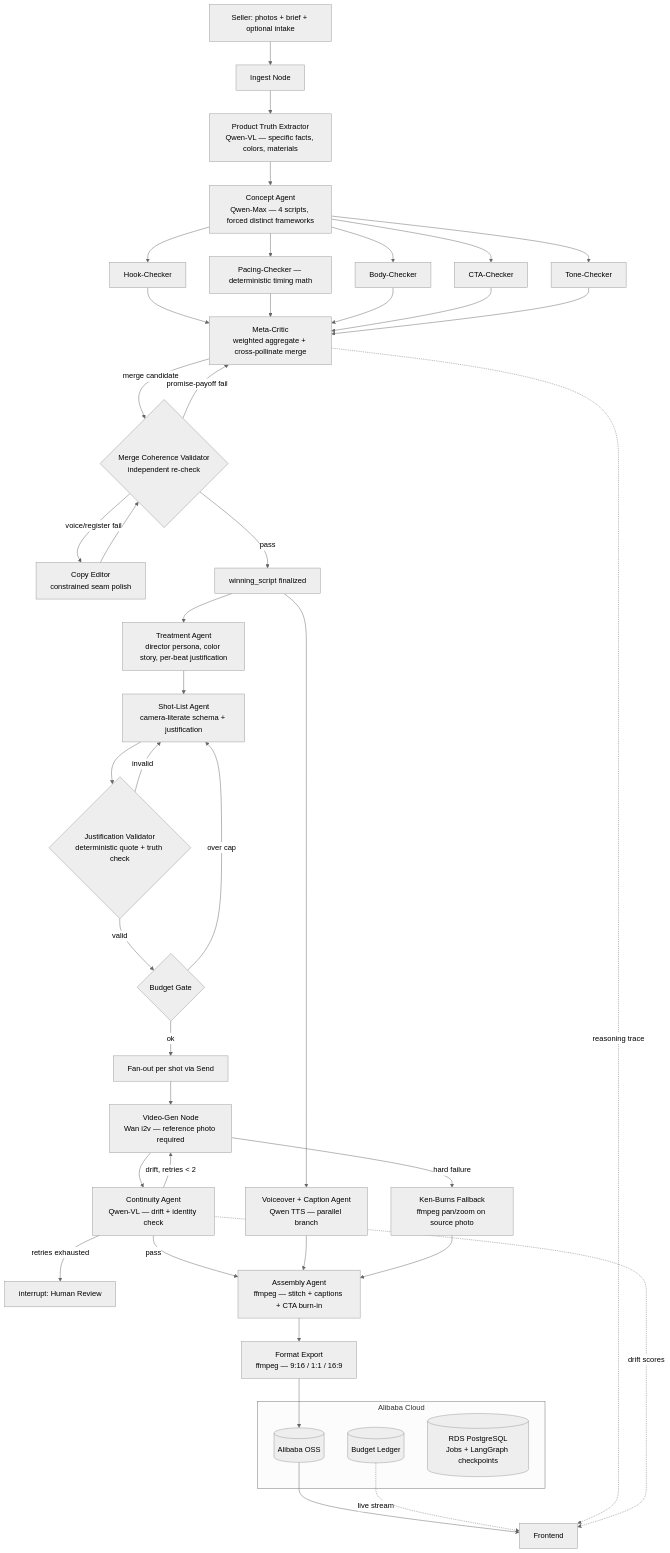
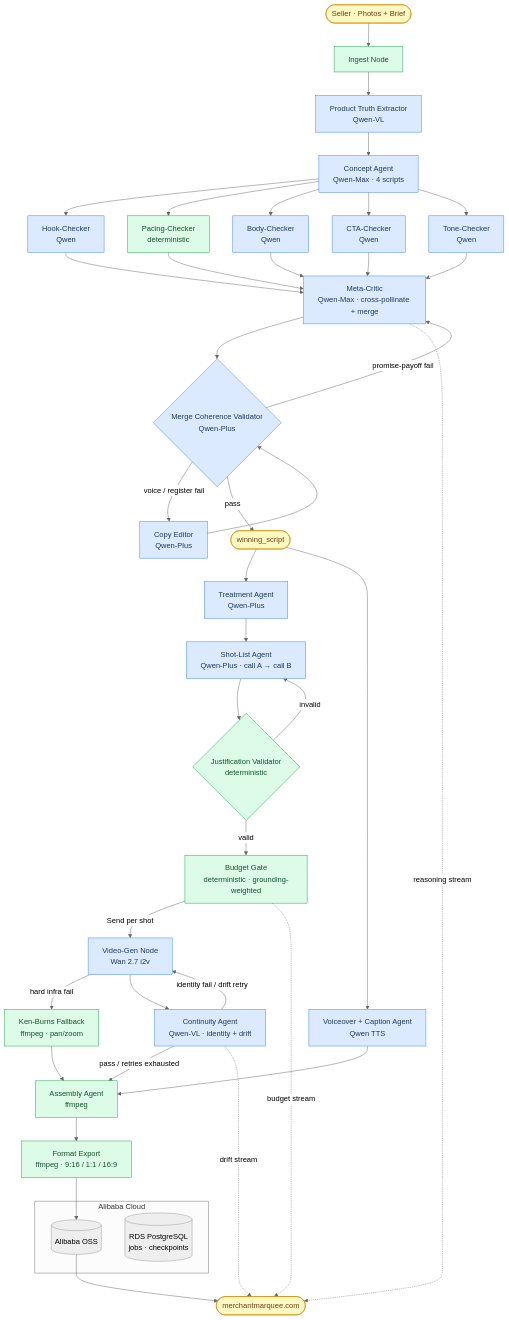
One commit to Rithvik1811/merchant-marquee changed the diagram in README.md. Above: the diagram before and after it, drawn with Mermaid (neutral theme).

Commit message:
Redraw architecture diagram — cleaner layout with color-coded agent nodes

````diff
--- a/README.md
+++ b/README.md
@@ -26,55 +26,56 @@
 ```mermaid
 flowchart TD
-    U[Seller: photos + brief + optional intake] --> ING[Ingest Node]
-    ING --> PTE[Product Truth Extractor\nQwen-VL — specific facts, colors, materials]
-    PTE --> CA[Concept Agent\nQwen-Max — 4 scripts, forced distinct frameworks]
+    IN([Seller · Photos + Brief]) --> ING[Ingest Node]
+    ING --> PTE[Product Truth Extractor\nQwen-VL]
+    PTE --> CA[Concept Agent\nQwen-Max · 4 scripts]
 
-    CA --> HC[Hook-Checker]
-    CA --> PC[Pacing-Checker — deterministic timing math]
-    CA --> BC[Body-Checker]
-    CA --> CC[CTA-Checker]
-    CA --> TC[Tone-Checker]
-    HC --> MC[Meta-Critic\nweighted aggregate + cross-pollinate merge]
-    PC --> MC
-    BC --> MC
-    CC --> MC
-    TC --> MC
+    CA --> HC[Hook-Checker\nQwen]
+    CA --> PAC[Pacing-Checker\ndeterministic]
+    CA --> BC[Body-Checker\nQwen]
+    CA --> CC[CTA-Checker\nQwen]
+    CA --> TC[Tone-Checker\nQwen]
+    HC & PAC & BC & CC & TC --> MC[Meta-Critic\nQwen-Max · cross-pollinate + merge]
 
-    MC -->|merge candidate| CV{Merge Coherence Validator\nindependent re-check}
-    CV -->|voice/register fail| CE[Copy Editor\nconstrained seam polish]
-    CE --> CV
-    CV -->|promise-payoff fail| MC
-    CV -->|pass| WIN[winning_script finalized]
+    MC --> MCV{Merge Coherence Validator\nQwen-Plus}
+    MCV -->|voice / register fail| CE[Copy Editor\nQwen-Plus]
+    CE --> MCV
+    MCV -->|promise-payoff fail| MC
+    MCV -->|pass| WIN([winning_script])
 
-    WIN --> TA[Treatment Agent\ndirector persona, color story, per-beat justification]
-    TA --> SL[Shot-List Agent\ncamera-literate schema + justification]
-    SL --> JV{Justification Validator\ndeterministic quote + truth check}
-    JV -->|invalid| SL
-    JV -->|valid| BG{Budget Gate}
-    BG -->|over cap| SL
-    BG -->|ok| VGFO[Fan-out per shot via Send]
+    WIN --> TA[Treatment Agent\nQwen-Plus]
+    WIN --> VOX[Voiceover + Caption Agent\nQwen TTS]
 
-    VGFO --> VG[Video-Gen Node\nWan i2v — reference photo required]
-    VG -->|hard failure| FB[Ken-Burns Fallback\nffmpeg pan/zoom on source photo]
-    VG --> CTY[Continuity Agent\nQwen-VL — drift + identity check]
-    CTY -->|drift, retries < 2| VG
-    CTY -->|retries exhausted| HR[interrupt: Human Review]
-    CTY -->|pass| ASM
+    TA --> SLA[Shot-List Agent\nQwen-Plus · call A → call B]
+    SLA --> JV{Justification Validator\ndeterministic}
+    JV -->|invalid| SLA
+    JV -->|valid| BG[Budget Gate\ndeterministic · grounding-weighted]
 
-    WIN --> VOX[Voiceover + Caption Agent\nQwen TTS — parallel branch]
-    VOX --> ASM[Assembly Agent\nffmpeg — stitch + captions + CTA burn-in]
-    FB --> ASM
-    ASM --> FMT[Format Export\nffmpeg — 9:16 / 1:1 / 16:9]
+    BG -->|Send per shot| VG[Video-Gen Node\nWan 2.7 i2v]
+    VG -->|hard infra fail| KB[Ken-Burns Fallback\nffmpeg · pan/zoom]
+    VG --> CTY[Continuity Agent\nQwen-VL · identity + drift]
+    CTY -->|identity fail / drift retry| VG
+    CTY -->|pass / retries exhausted| ASM[Assembly Agent\nffmpeg]
+    KB --> ASM
+    VOX --> ASM
+
+    ASM --> FMT[Format Export\nffmpeg · 9:16 / 1:1 / 16:9]
     FMT --> OSS[(Alibaba OSS)]
-    OSS --> FE[Frontend]
+    OSS --> OUT([merchantmarquee.com])
 
-    BL[(Budget Ledger)] -.->|live stream| FE
-    MC -.->|reasoning trace| FE
-    CTY -.->|drift scores| FE
+    BG -.->|budget stream| OUT
+    MC -.->|reasoning stream| OUT
+    CTY -.->|drift stream| OUT
 
-    subgraph Alibaba Cloud
+    subgraph CLOUD[Alibaba Cloud]
         OSS
-        DB[(RDS PostgreSQL\nJobs + LangGraph checkpoints)]
-        BL
+        DB[(RDS PostgreSQL\njobs · checkpoints)]
     end
+
+    classDef llm fill:#dbeafe,stroke:#3b82f6,color:#1e3a5f
+    classDef det fill:#dcfce7,stroke:#16a34a,color:#14532d
+    classDef io fill:#fef9c3,stroke:#ca8a04,color:#713f12
+
+    class PTE,CA,HC,BC,CC,TC,MC,CE,MCV,TA,SLA,CTY,VOX,VG llm
+    class ING,PAC,JV,BG,KB,ASM,FMT det
+    class IN,WIN,OUT io
 ```
````
